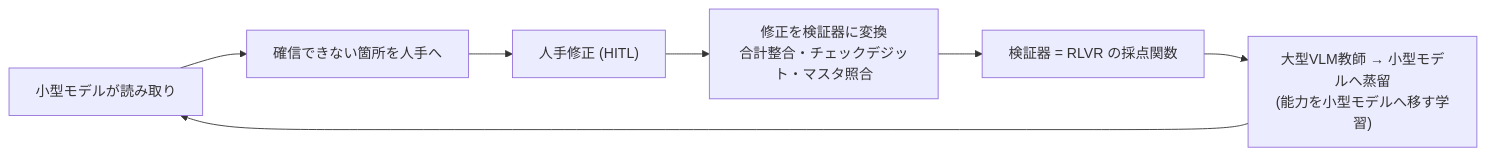
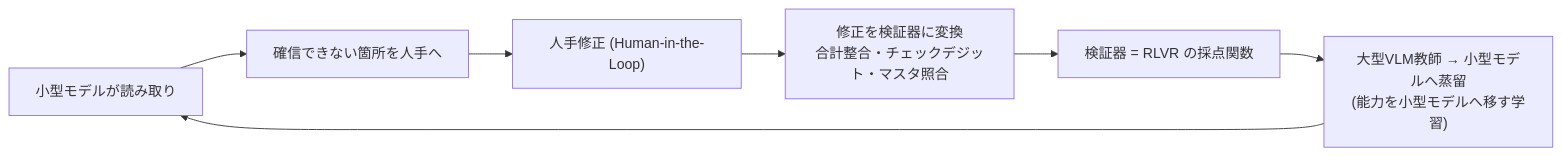
The first of 2 diagrams in articles/ocr-idp-next-strategy.md (littlemex/zenn), drawn with Mermaid before and after one commit. The commit also changed other lines of this file, not shown here.

````diff
--- a/articles/ocr-idp-next-strategy.md
+++ b/articles/ocr-idp-next-strategy.md
@@ -110,9 +140,9 @@
 ```mermaid
 flowchart LR
     A["小型モデルが読み取り"] --> B["確信できない箇所を人手へ"]
-    B --> C["人手修正 (HITL)"]
+    B --> C["人手修正 (Human-in-the-Loop)"]
     C --> D["修正を検証器に変換<br/>合計整合・チェックデジット・マスタ照合"]
     D --> E["検証器 = RLVR の採点関数"]
     E --> F["大型VLM教師 → 小型モデルへ蒸留<br/>(能力を小型モデルへ移す学習)"]
     F --> A
 ```
````
